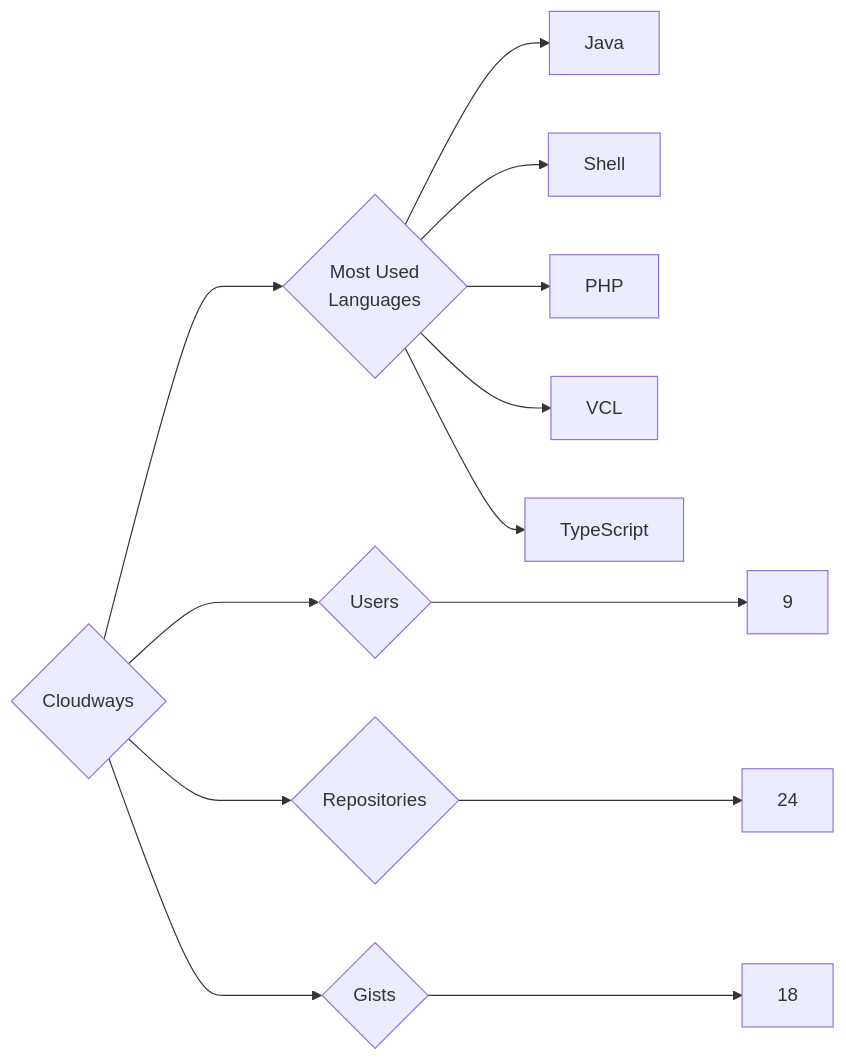
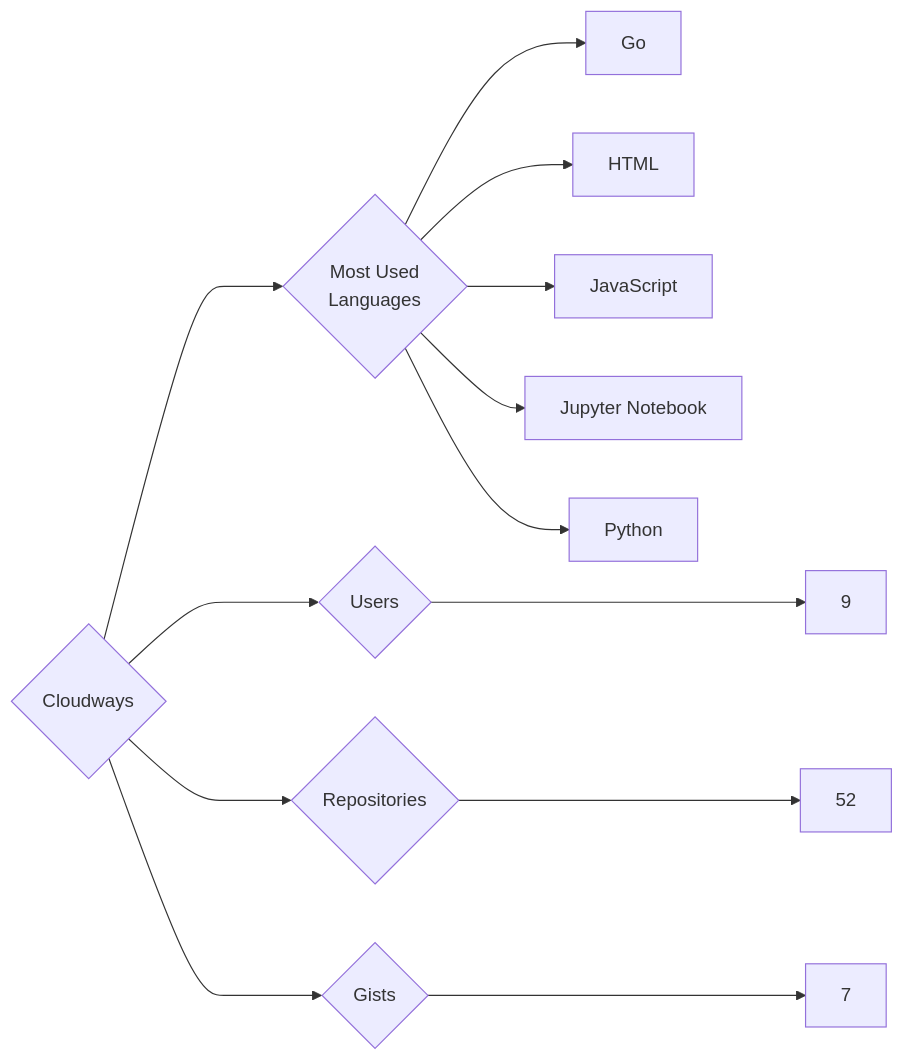
One commit to trickest/insiders changed the diagram in targets/Cloudways/README.md. Above: the diagram before and after it, drawn with Mermaid. The commit also changed 681 other files, not shown here.

````diff
--- a/targets/Cloudways/README.md
+++ b/targets/Cloudways/README.md
@@ -3,13 +3,13 @@
 ```mermaid
 graph LR
 COMPANY_NAME{Cloudways}
 COMPANY_NAME ---> U{Users} ---> UN[9]
-COMPANY_NAME ---> R{Repositories} ---> RN[24]
-COMPANY_NAME ---> G{Gists} ---> GN[18]
+COMPANY_NAME ---> R{Repositories} ---> RN[52]
+COMPANY_NAME ---> G{Gists} ---> GN[7]
 COMPANY_NAME ---> ML{Most Used<br>Languages}
-ML --> Java[Java]
-ML --> Shell[Shell]
-ML --> PHP[PHP]
-ML --> VCL[VCL]
-ML --> TypeScript[TypeScript]
+ML --> Go[Go]
+ML --> HTML[HTML]
+ML --> JavaScript[JavaScript]
+ML --> Jupyter_Notebook[Jupyter Notebook]
+ML --> Python[Python]
 ```
````
